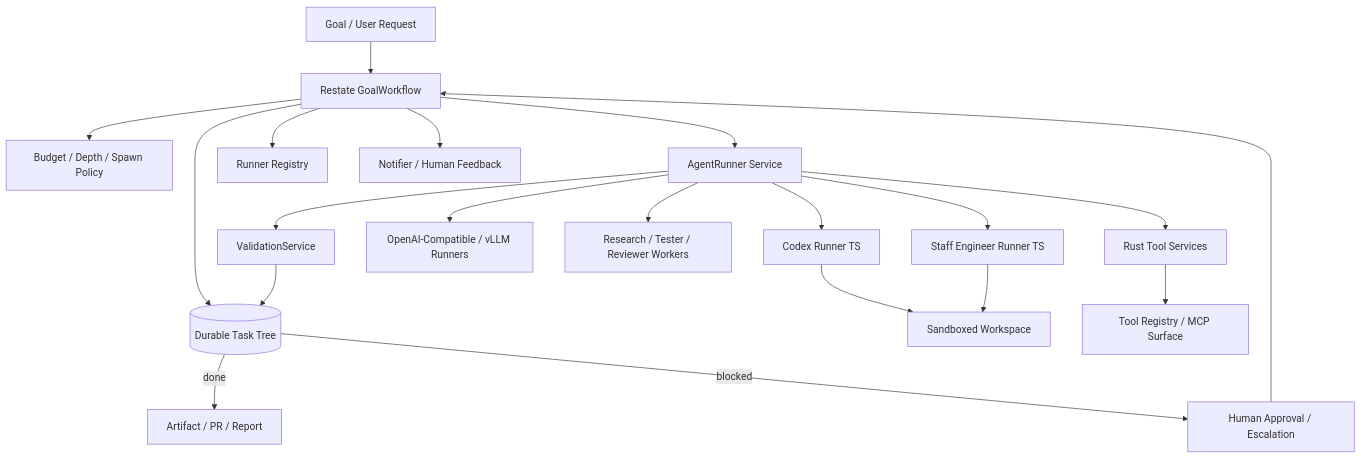
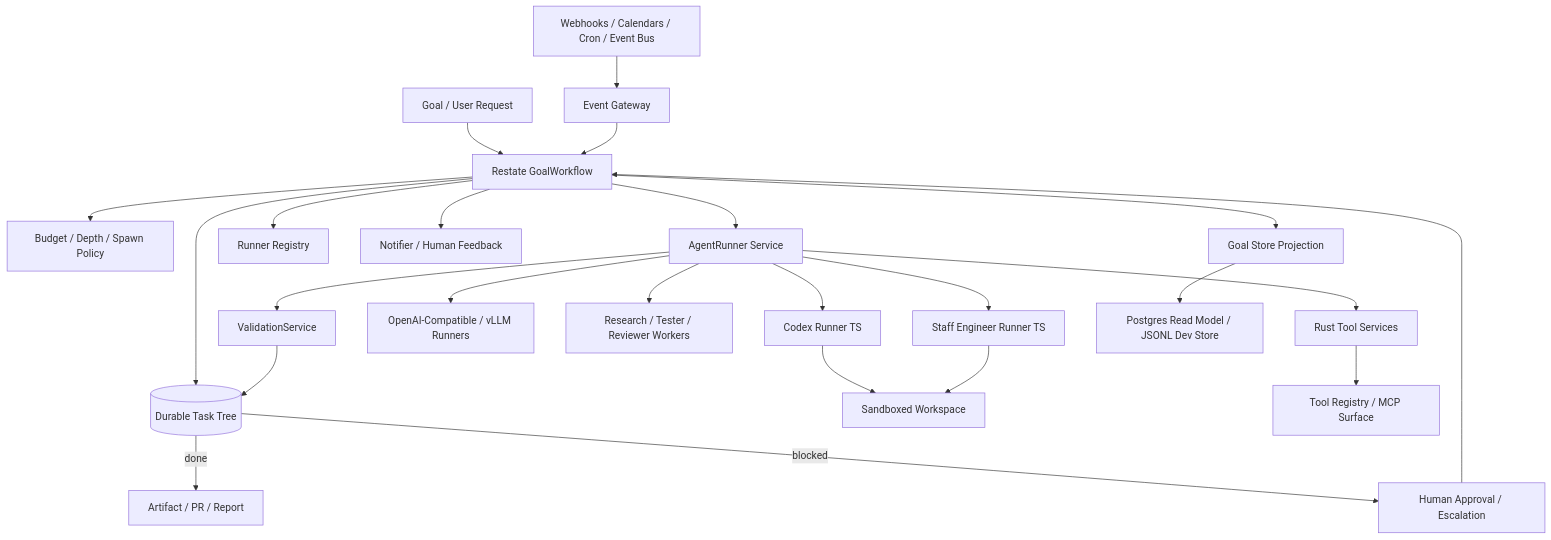
The diagram in ARCHITECTURE.md (josephjohncox/joseph-and-the-amazing-technicolor-task-graph), drawn with Mermaid before and after one commit. The commit also changed other lines of this file and 213 other files, not shown here.

Commit message:
Refine durable task graph coordination flow

````diff
--- a/ARCHITECTURE.md
+++ b/ARCHITECTURE.md
@@ -11,22 +11,26 @@
 ```mermaid
 flowchart TD
     G["Goal / User Request"] --> R["Restate GoalWorkflow"]
     R --> TT[("Durable Task Tree")]
     R --> B["Budget / Depth / Spawn Policy"]
     R --> AR["AgentRunner Service"]
     R --> RR["Runner Registry"]
     R --> N["Notifier / Human Feedback"]
+    R --> GS["Goal Store Projection"]
+    EV["Webhooks / Calendars / Cron / Event Bus"] --> EG["Event Gateway"]
+    EG --> R
     AR --> COD["Codex Runner TS"]
     AR --> SE["Staff Engineer Runner TS"]
     AR --> VLLM["OpenAI-Compatible / vLLM Runners"]
     AR --> RE["Research / Tester / Reviewer Workers"]
     AR --> RT["Rust Tool Services"]
     COD --> WS["Sandboxed Workspace"]
     SE --> WS
     RT --> MCP["Tool Registry / MCP Surface"]
     AR --> V["ValidationService"]
+    GS --> PG["Postgres Read Model / JSONL Dev Store"]
     V --> TT
     TT -->|done| DONE["Artifact / PR / Report"]
     TT -->|blocked| H["Human Approval / Escalation"]
     H --> R
 ```
````
